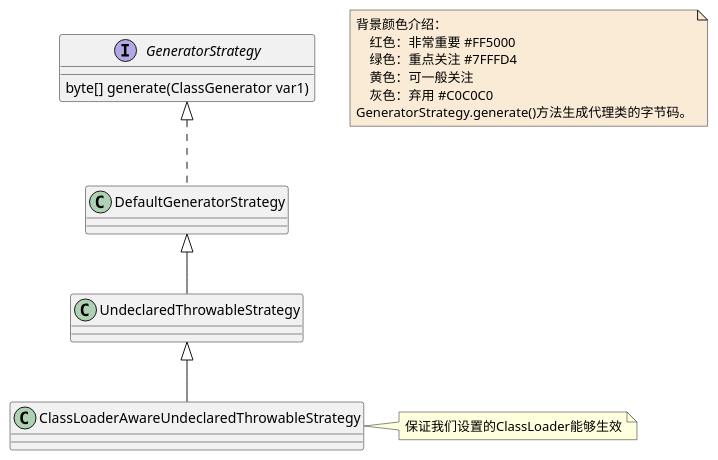
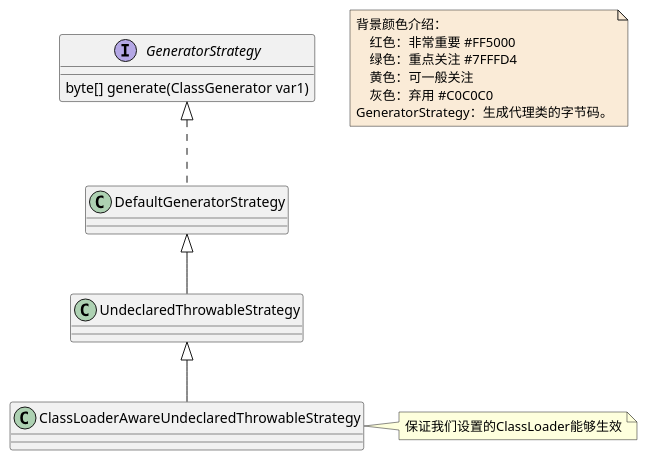
Before and after one commit to czwer/learn-spring-code: the diagram in document/spring/base/class/AOP-CglibAopProxy-Cglib-GeneratorStrategy-class.puml, drawn with PlantUML. The commit also changed 26 other files, not shown here.

```diff
--- a/document/spring/base/class/AOP-CglibAopProxy-Cglib-GeneratorStrategy-class.puml
+++ b/document/spring/base/class/AOP-CglibAopProxy-Cglib-GeneratorStrategy-class.puml
@@ -1,32 +1,32 @@
 @startuml
 
 note  as N1 #FAEBD7
     背景颜色介绍：
         红色：非常重要 #FF5000
         绿色：重点关注 #7FFFD4
         黄色：可一般关注
         灰色：弃用 #C0C0C0
-    GeneratorStrategy.generate()方法生成代理类的字节码。
+    GeneratorStrategy：生成代理类的字节码。
 end note
 
 
 
 
 interface GeneratorStrategy
 GeneratorStrategy : byte[] generate(ClassGenerator var1)
 class DefaultGeneratorStrategy
 class UndeclaredThrowableStrategy
 class ClassLoaderAwareUndeclaredThrowableStrategy
 note right : 保证我们设置的ClassLoader能够生效
 
 
 
 DefaultGeneratorStrategy <|-- UndeclaredThrowableStrategy
 
 
 GeneratorStrategy <|.. DefaultGeneratorStrategy
 
 
 UndeclaredThrowableStrategy <|-- ClassLoaderAwareUndeclaredThrowableStrategy
 
 @enduml
```
